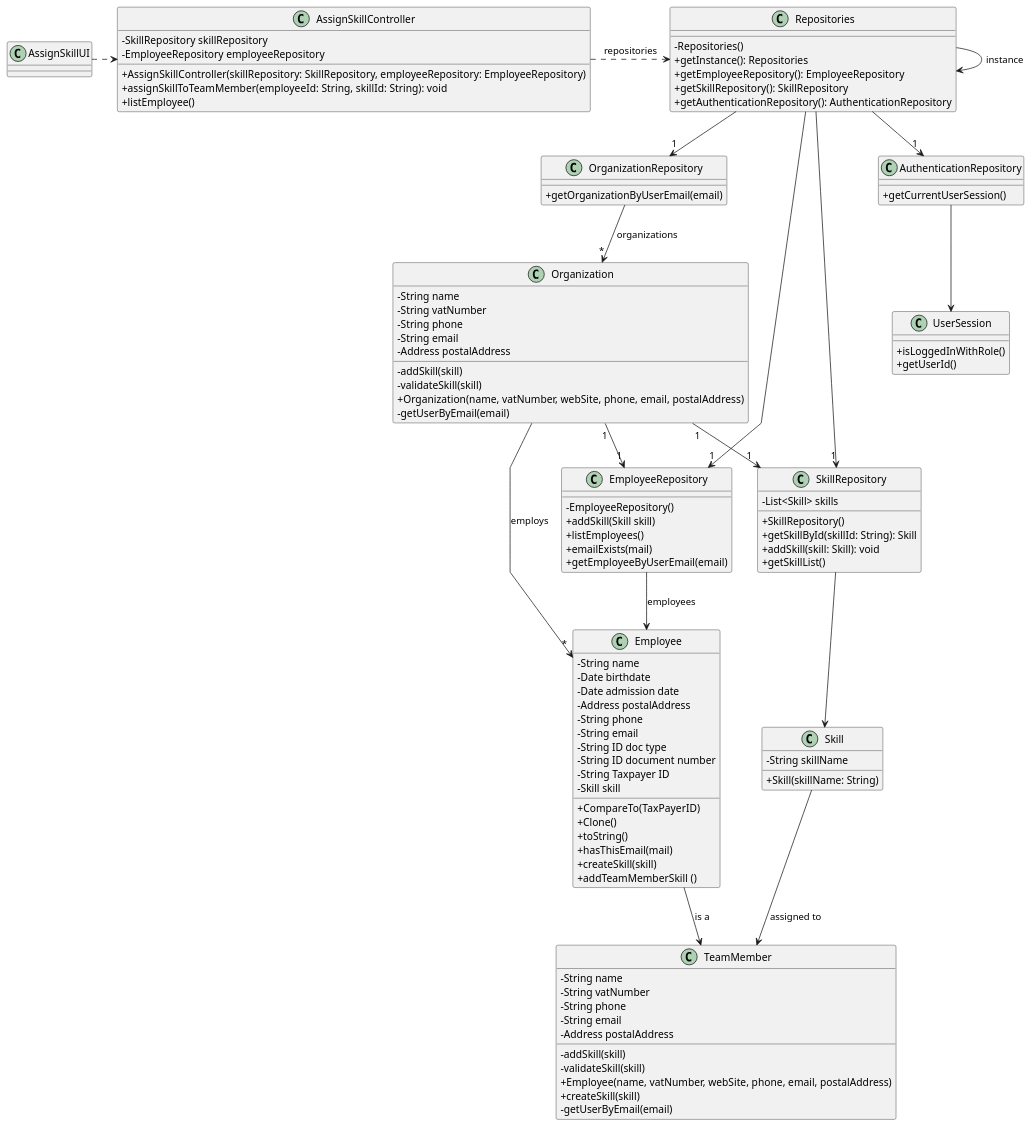
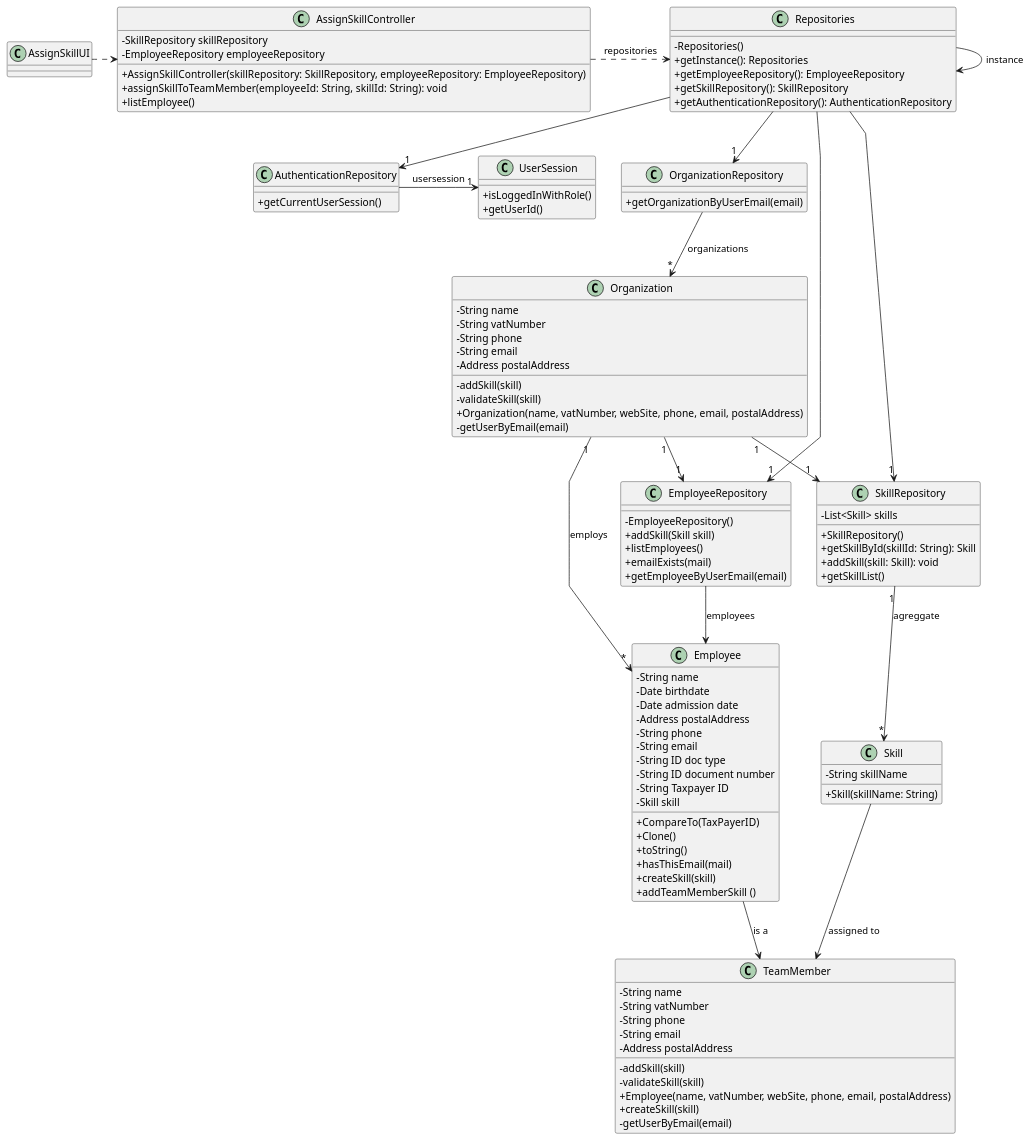
Before and after one commit to Mendoncaa/LAPR2: the diagram in docs/sprintC/us004/03.design/puml/us004-class-diagram.puml, drawn with PlantUML. The commit also changed 30 other files, not shown here.

Commit message:
Update US01 and US04 class diagram; Javadoc comments in code

```diff
--- a/docs/sprintC/us004/03.design/puml/us004-class-diagram.puml
+++ b/docs/sprintC/us004/03.design/puml/us004-class-diagram.puml
@@ -1,130 +1,130 @@
 @startuml
 'skinparam monochrome true
 skinparam packageStyle rectangle
 skinparam shadowing false
 skinparam linetype polyline
 'skinparam linetype orto
 
 skinparam classAttributeIconSize 0
 
 'left to right direction
 
 
 class AssignSkillUI {
 }
 
 class AssignSkillController {
     - SkillRepository skillRepository
     - EmployeeRepository employeeRepository
     + AssignSkillController(skillRepository: SkillRepository, employeeRepository: EmployeeRepository)
     + assignSkillToTeamMember(employeeId: String, skillId: String): void
     +listEmployee()
 }
 
 class Repositories {
     - Repositories()
     + getInstance(): Repositories
     + getEmployeeRepository(): EmployeeRepository
     + getSkillRepository(): SkillRepository
     + getAuthenticationRepository(): AuthenticationRepository
 }
 
 class OrganizationRepository {
     + getOrganizationByUserEmail(email)
 }
 
 class Organization {
     - String name
     - String vatNumber
     - String phone
     - String email
     - Address postalAddress
     - addSkill(skill)
     - validateSkill(skill)
     + Organization(name, vatNumber, webSite, phone, email, postalAddress)
     - getUserByEmail(email)
 
 }
 
 class AuthenticationRepository {
     + getCurrentUserSession()
 }
 
 class UserSession {
     + isLoggedInWithRole()
     + getUserId()
 }
 
 class Employee {
     - String name
     - Date birthdate
     - Date admission date
     - Address postalAddress
     - String phone
     - String email
     - String ID doc type
     - String ID document number
     - String Taxpayer ID
     - Skill skill
     + CompareTo(TaxPayerID)
     + Clone()
     + toString()
     + hasThisEmail(mail)
     + createSkill(skill)
     + addTeamMemberSkill ()
 }
 
 class TeamMember {
     - String name
     - String vatNumber
     - String phone
     - String email
     - Address postalAddress
     - addSkill(skill)
     - validateSkill(skill)
     + Employee(name, vatNumber, webSite, phone, email, postalAddress)
     + createSkill(skill)
     - getUserByEmail(email)
 }
 
 
 class EmployeeRepository {
     - EmployeeRepository()
     + addSkill(Skill skill)
     + listEmployees()
     + emailExists(mail)
     + getEmployeeByUserEmail(email)
 }
 
 class SkillRepository {
     - List<Skill> skills
     + SkillRepository()
     + getSkillById(skillId: String): Skill
     + addSkill(skill: Skill): void
     + getSkillList()
 }
 
 class Skill {
     - String skillName
     + Skill(skillName: String)
 }
 
 Repositories -> Repositories : instance
 AssignSkillUI .> AssignSkillController
 Repositories --> "1" OrganizationRepository
 OrganizationRepository --> "*" Organization : organizations
 Organization "1" --> "1" EmployeeRepository
-Organization  --> "*" Employee : employs
+Organization "1" --> "*" Employee : employs
 AssignSkillController .> Repositories : repositories
 Repositories --> "1" AuthenticationRepository
 Repositories --> "1" EmployeeRepository
 Repositories --> "1" SkillRepository
-AuthenticationRepository --> UserSession
+AuthenticationRepository -> "1" UserSession : usersession
 EmployeeRepository --> Employee : employees
-SkillRepository --> Skill
+SkillRepository "1" --> "*" Skill : agreggate
 Employee --> TeamMember : is a
 Skill --> TeamMember  : assigned to
 Organization "1" --> "1" SkillRepository
 
 
 @enduml
```
